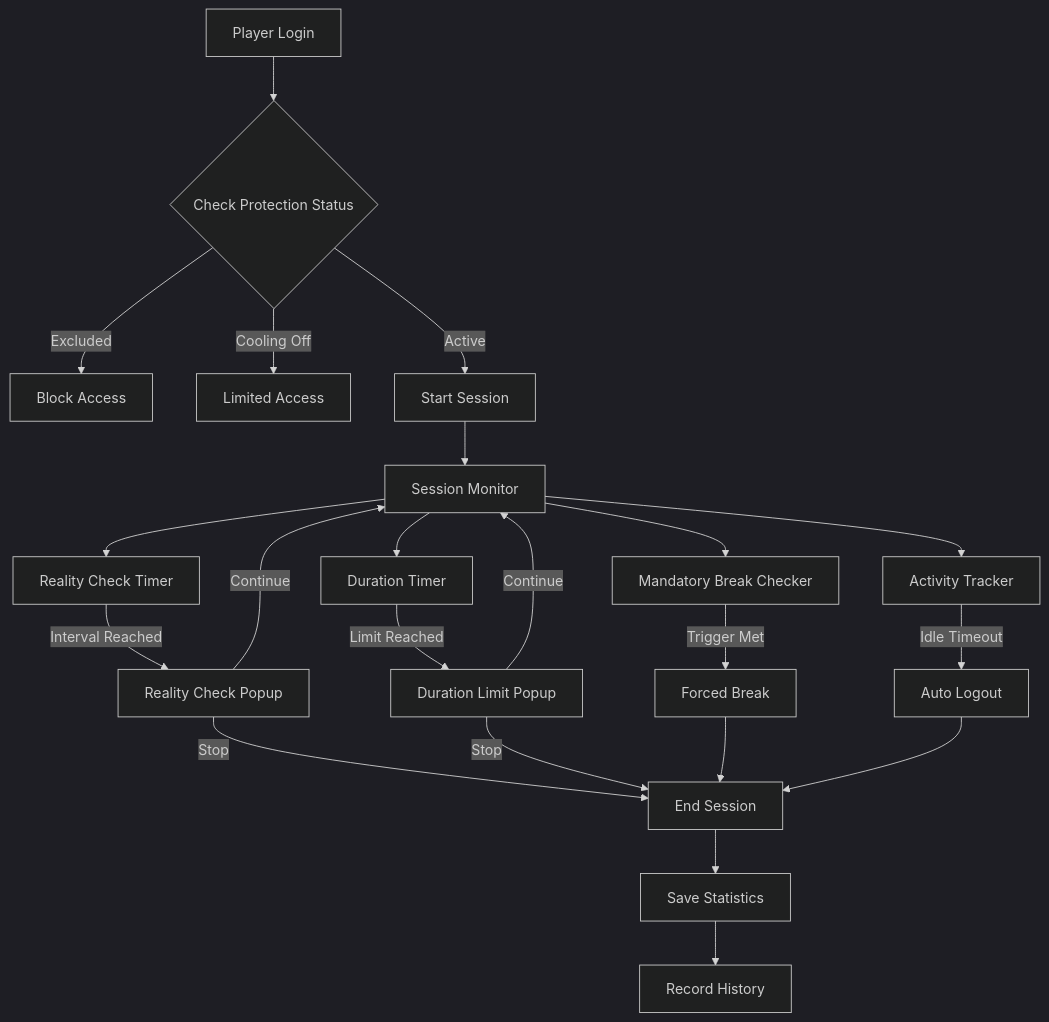
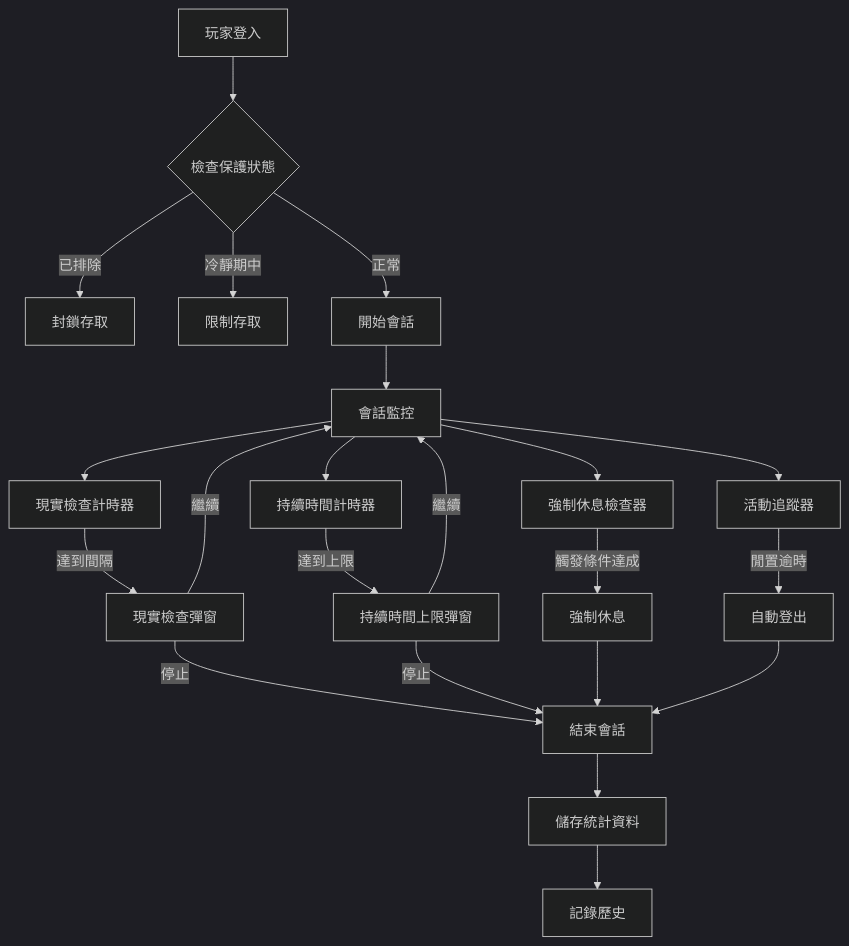
The diagram in docs/iGaming/architecture/15_Responsible_Gambling/Session_Protection_Architecture.md (ron03wlb/smart-admin), drawn with Mermaid (dark theme) before and after one commit. The commit also changed other lines of this file and 1 other file, not shown here.

````diff
--- a/docs/iGaming/architecture/15_Responsible_Gambling/Session_Protection_Architecture.md
+++ b/docs/iGaming/architecture/15_Responsible_Gambling/Session_Protection_Architecture.md
@@ -645,30 +645,30 @@
 ```mermaid
 flowchart TD
-    A[Player Login] --> B{Check Protection Status}
+    A[玩家登入] --> B{檢查保護狀態}
 
-    B -->|Excluded| C[Block Access]
-    B -->|Cooling Off| D[Limited Access]
-    B -->|Active| E[Start Session]
+    B -->|已排除| C[封鎖存取]
+    B -->|冷靜期中| D[限制存取]
+    B -->|正常| E[開始會話]
 
-    E --> F[Session Monitor]
+    E --> F[會話監控]
 
-    F --> G[Duration Timer]
-    F --> H[Activity Tracker]
-    F --> I[Reality Check Timer]
-    F --> J[Mandatory Break Checker]
+    F --> G[持續時間計時器]
+    F --> H[活動追蹤器]
+    F --> I[現實檢查計時器]
+    F --> J[強制休息檢查器]
 
-    G -->|Limit Reached| K[Duration Limit Popup]
-    H -->|Idle Timeout| L[Auto Logout]
-    I -->|Interval Reached| M[Reality Check Popup]
-    J -->|Trigger Met| N[Forced Break]
+    G -->|達到上限| K[持續時間上限彈窗]
+    H -->|閒置逾時| L[自動登出]
+    I -->|達到間隔| M[現實檢查彈窗]
+    J -->|觸發條件達成| N[強制休息]
 
-    M -->|Continue| F
-    M -->|Stop| O[End Session]
-    K -->|Continue| F
-    K -->|Stop| O
+    M -->|繼續| F
+    M -->|停止| O[結束會話]
+    K -->|繼續| F
+    K -->|停止| O
     N --> O
     L --> O
 
-    O --> P[Save Statistics]
-    P --> Q[Record History]
+    O --> P[儲存統計資料]
+    P --> Q[記錄歷史]
 ```
````
